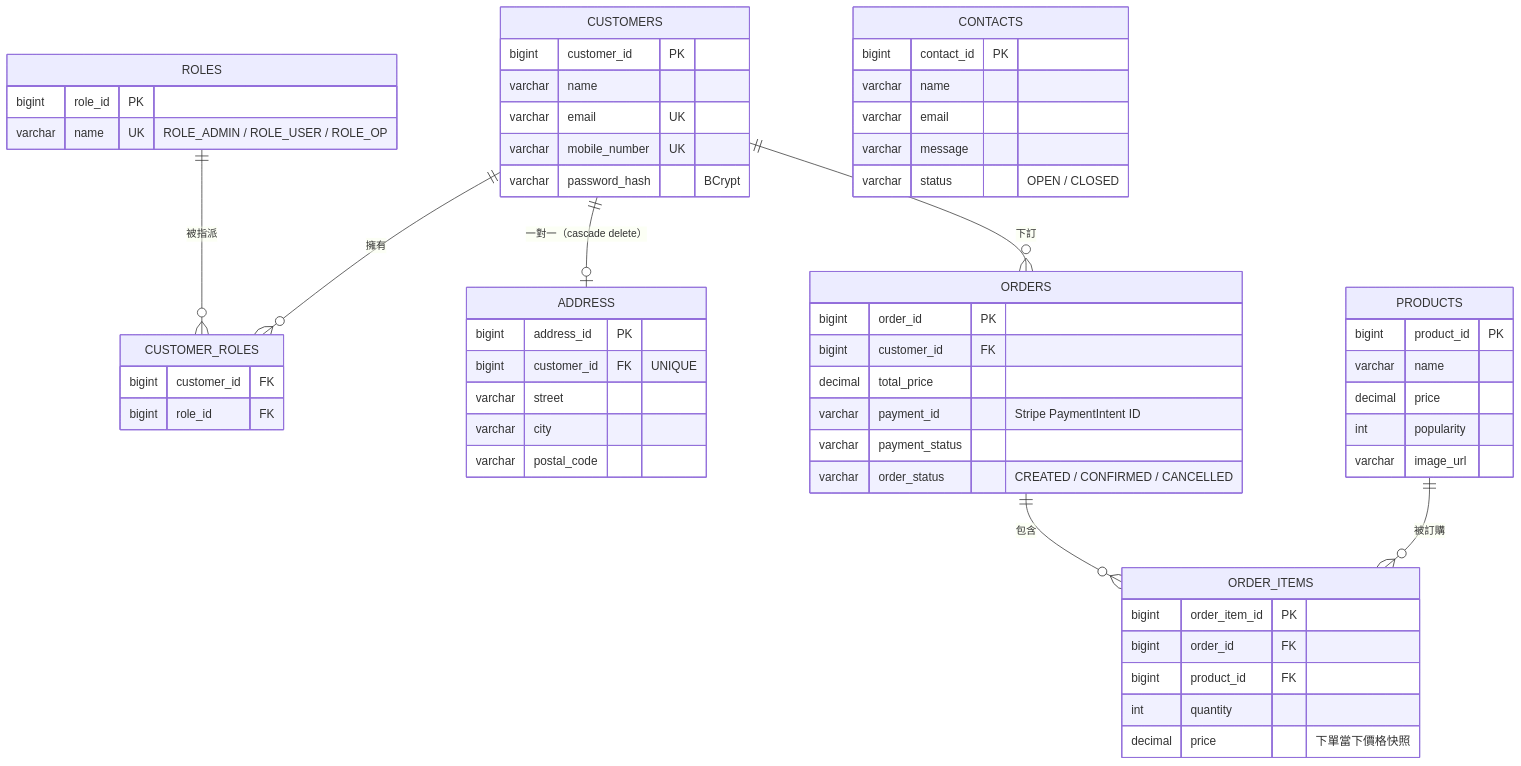
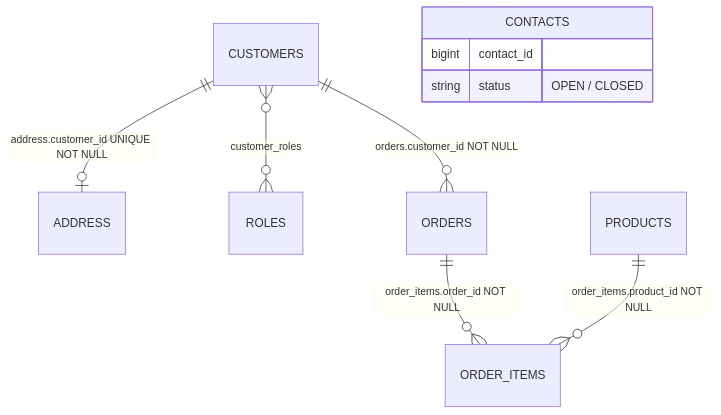
One commit to tonysk0210/react-springboot-webapp changed the fifth of 5 diagrams in README.md. Above: the diagram before and after it, drawn with Mermaid. The commit also changed other lines of this file and 1 other file, not shown here.

````diff
--- a/README.md
+++ b/README.md
@@ -293,61 +293,12 @@
 ```mermaid
 erDiagram
-    CUSTOMERS ||--o{ CUSTOMER_ROLES : "擁有"
-    ROLES     ||--o{ CUSTOMER_ROLES : "被指派"
-    CUSTOMERS ||--o| ADDRESS        : "一對一（cascade delete）"
-    CUSTOMERS ||--o{ ORDERS         : "下訂"
-    ORDERS    ||--o{ ORDER_ITEMS    : "包含"
-    PRODUCTS  ||--o{ ORDER_ITEMS    : "被訂購"
-
-    CUSTOMERS {
-        bigint customer_id PK
-        varchar name
-        varchar email UK
-        varchar mobile_number UK
-        varchar password_hash "BCrypt"
-    }
-    ROLES {
-        bigint role_id PK
-        varchar name UK "ROLE_ADMIN / ROLE_USER / ROLE_OP"
-    }
-    CUSTOMER_ROLES {
-        bigint customer_id FK
-        bigint role_id FK
-    }
-    ADDRESS {
-        bigint address_id PK
-        bigint customer_id FK "UNIQUE"
-        varchar street
-        varchar city
-        varchar postal_code
-    }
-    PRODUCTS {
-        bigint product_id PK
-        varchar name
-        decimal price
-        int popularity
-        varchar image_url
-    }
-    ORDERS {
-        bigint order_id PK
-        bigint customer_id FK
-        decimal total_price
-        varchar payment_id "Stripe PaymentIntent ID"
-        varchar payment_status
-        varchar order_status "CREATED / CONFIRMED / CANCELLED"
-    }
-    ORDER_ITEMS {
-        bigint order_item_id PK
-        bigint order_id FK
-        bigint product_id FK
-        int quantity
-        decimal price "下單當下價格快照"
-    }
+    CUSTOMERS ||--o| ADDRESS     : "address.customer_id UNIQUE NOT NULL"
+    CUSTOMERS }o--o{ ROLES       : "customer_roles"
+    CUSTOMERS ||--o{ ORDERS      : "orders.customer_id NOT NULL"
+    ORDERS    ||--o{ ORDER_ITEMS : "order_items.order_id NOT NULL"
+    PRODUCTS  ||--o{ ORDER_ITEMS : "order_items.product_id NOT NULL"
     CONTACTS {
-        bigint contact_id PK
-        varchar name
-        varchar email
-        varchar message
-        varchar status "OPEN / CLOSED"
+        bigint contact_id
+        string status "OPEN / CLOSED"
     }
 ```
````
